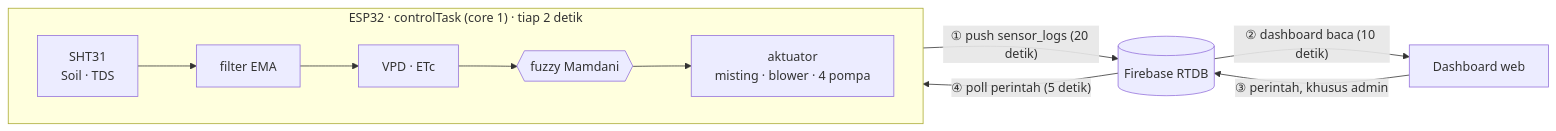
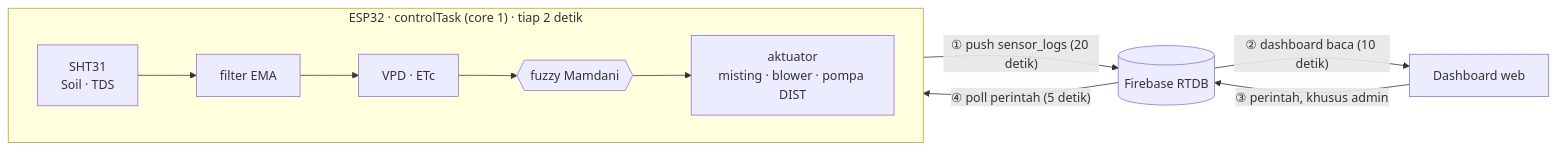
The diagram in README.md (will-zx/smart-greenhouse-dashboard), drawn with Mermaid before and after one commit. The commit also changed other lines of this file and 2 other files, not shown here.

First line of the commit message:
Web: tampilkan dosis irigasi dari ETc, README sesuai sistem saat ini

````diff
--- a/README.md
+++ b/README.md
@@ -115,13 +120,13 @@
 ```mermaid
 flowchart LR
   subgraph ESP ["ESP32 · controlTask (core 1) · tiap 2 detik"]
     direction LR
-    S["SHT31<br/>Soil · TDS"] --> F["filter EMA"] --> V["VPD · ETc"] --> Z{{"fuzzy Mamdani"}} --> A["aktuator<br/>misting · blower · 4 pompa"]
+    S["SHT31<br/>Soil · TDS"] --> F["filter EMA"] --> V["VPD · ETc"] --> Z{{"fuzzy Mamdani"}} --> A["aktuator<br/>misting · blower · pompa DIST"]
   end
   R[("Firebase RTDB")]
   D["Dashboard web"]
   A -- "① push sensor_logs (20 detik)" --> R
   R -- "② dashboard baca (10 detik)" --> D
   D -- "③ perintah, khusus admin" --> R
   R -- "④ poll perintah (5 detik)" --> A
 ```
````
